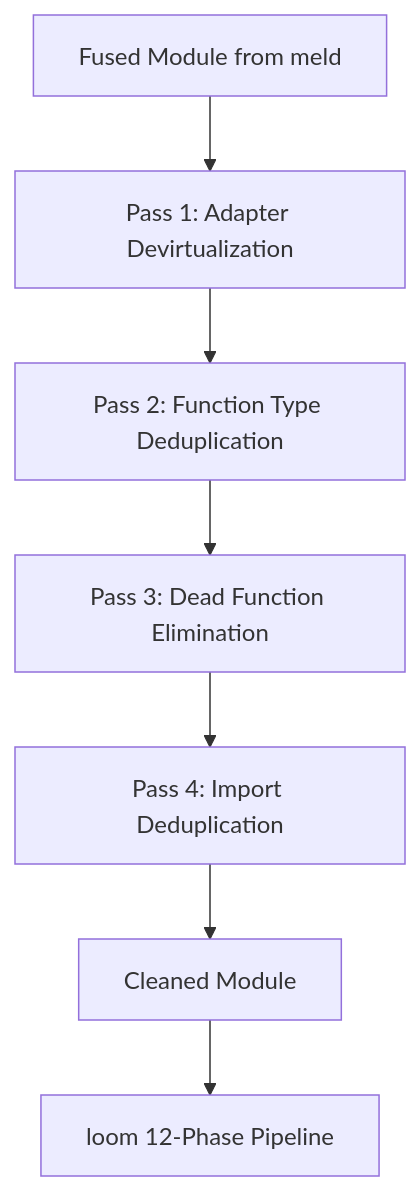
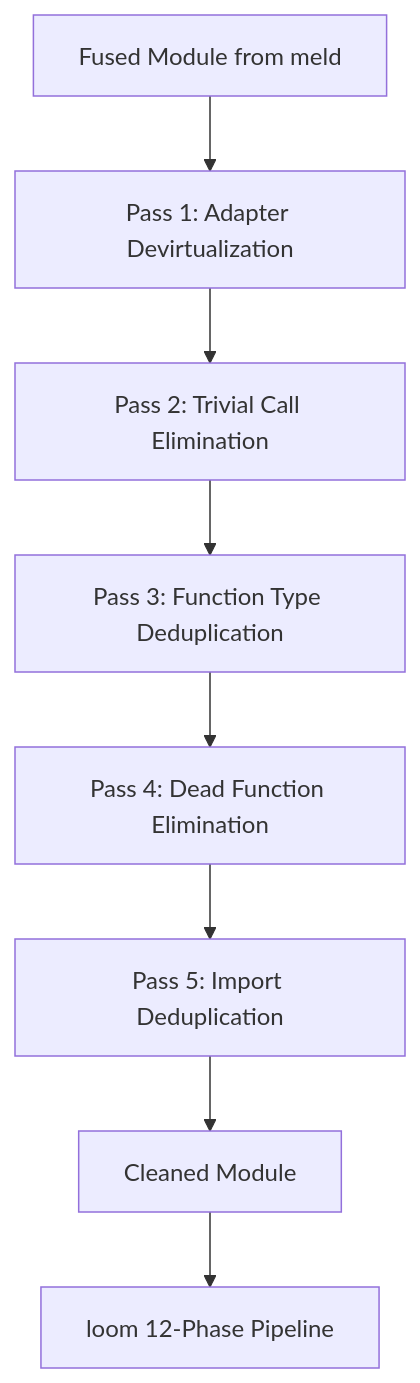
The fifth of 8 diagrams in docs/design/fused-component-optimization.md (pulseengine/loom), drawn with Mermaid before and after one commit. The commit also changed other lines of this file, not shown here.

First line of the commit message:
docs: update fused optimization doc with completed proofs and 5-pass pipeline

````diff
--- a/docs/design/fused-component-optimization.md
+++ b/docs/design/fused-component-optimization.md
@@ -125,9 +125,10 @@
 ```mermaid
 flowchart TD
     Input[Fused Module from meld] --> P1
     P1["Pass 1: Adapter Devirtualization"] --> P2
-    P2["Pass 2: Function Type Deduplication"] --> P3
-    P3["Pass 3: Dead Function Elimination"] --> P4
-    P4["Pass 4: Import Deduplication"] --> Output
+    P2["Pass 2: Trivial Call Elimination"] --> P3
+    P3["Pass 3: Function Type Deduplication"] --> P4
+    P4["Pass 4: Dead Function Elimination"] --> P5
+    P5["Pass 5: Import Deduplication"] --> Output
     Output[Cleaned Module] --> Standard["loom 12-Phase Pipeline"]
 ```
````
